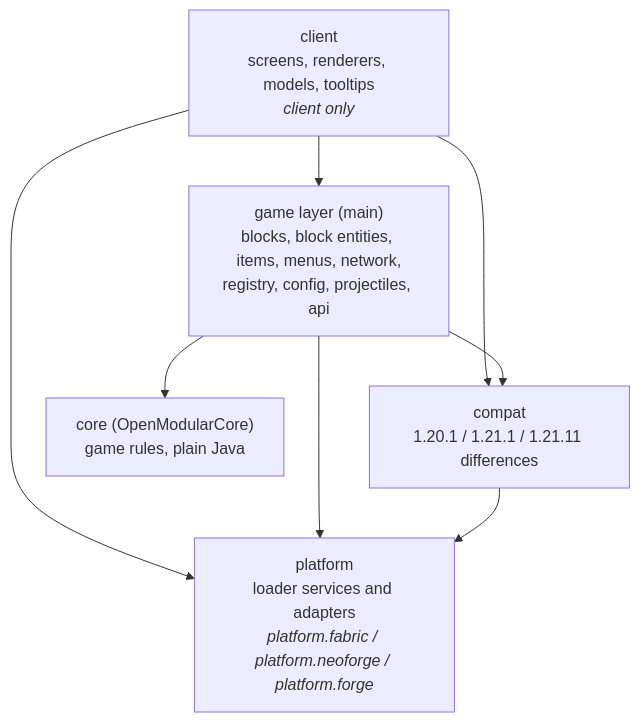
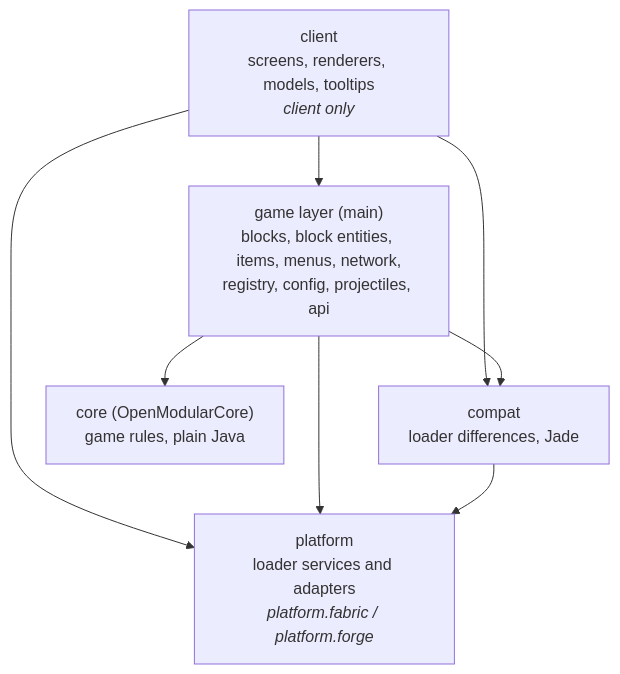
Before and after one commit to OpenModularTurretsTeam/OpenModularTurrets: the diagram in docs/architecture.md, drawn with Mermaid. The commit also changed other lines of this file and 8 other files, not shown here.

````diff
--- a/docs/architecture.md
+++ b/docs/architecture.md
@@ -23,15 +23,15 @@
 ```mermaid
 flowchart TB
     client["client<br/>screens, renderers, models, tooltips<br/><i>client only</i>"]
     game["game layer (main)<br/>blocks, block entities, items, menus, network,<br/>registry, config, projectiles, api"]
-    compat["compat<br/>1.20.1 / 1.21.1 / 1.21.11 differences"]
-    platform["platform<br/>loader services and adapters<br/><i>platform.fabric / platform.neoforge / platform.forge</i>"]
+    compat["compat<br/>loader differences, Jade"]
+    platform["platform<br/>loader services and adapters<br/><i>platform.fabric / platform.forge</i>"]
     core["core (OpenModularCore)<br/>game rules, plain Java"]
     client --> game
     client --> compat
     client --> platform
     game --> compat
     game --> platform
     compat --> platform
     game --> core
 ```
````
